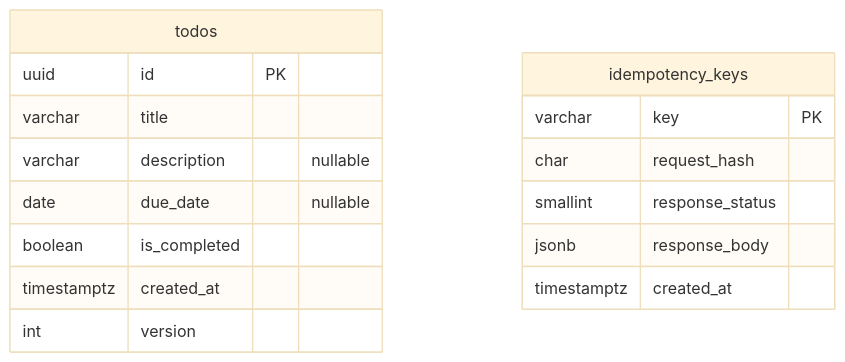
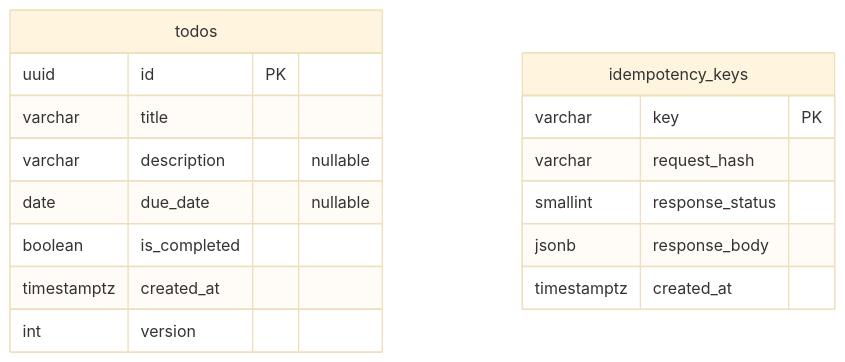
Before and after one commit to charlesmalo/FociToDo: the third of 5 diagrams in docs/superpowers/specs/2026-09-30-foci-todo-design.md, drawn with Mermaid (base theme). The commit also changed other lines of this file and 13 other files, not shown here.

````diff
--- a/docs/superpowers/specs/2026-09-30-foci-todo-design.md
+++ b/docs/superpowers/specs/2026-09-30-foci-todo-design.md
@@ -243,19 +243,19 @@
 ```mermaid
 erDiagram
   todos {
     uuid id PK
     varchar title
     varchar description "nullable"
     date due_date "nullable"
     boolean is_completed
     timestamptz created_at
     int version
   }
   idempotency_keys {
     varchar key PK
-    char request_hash
+    varchar request_hash
     smallint response_status
     jsonb response_body
     timestamptz created_at
   }
 ```
````
